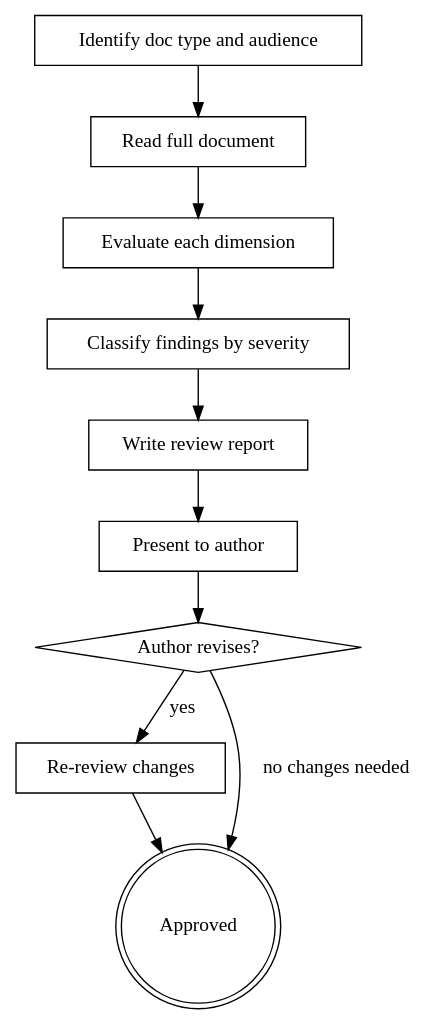
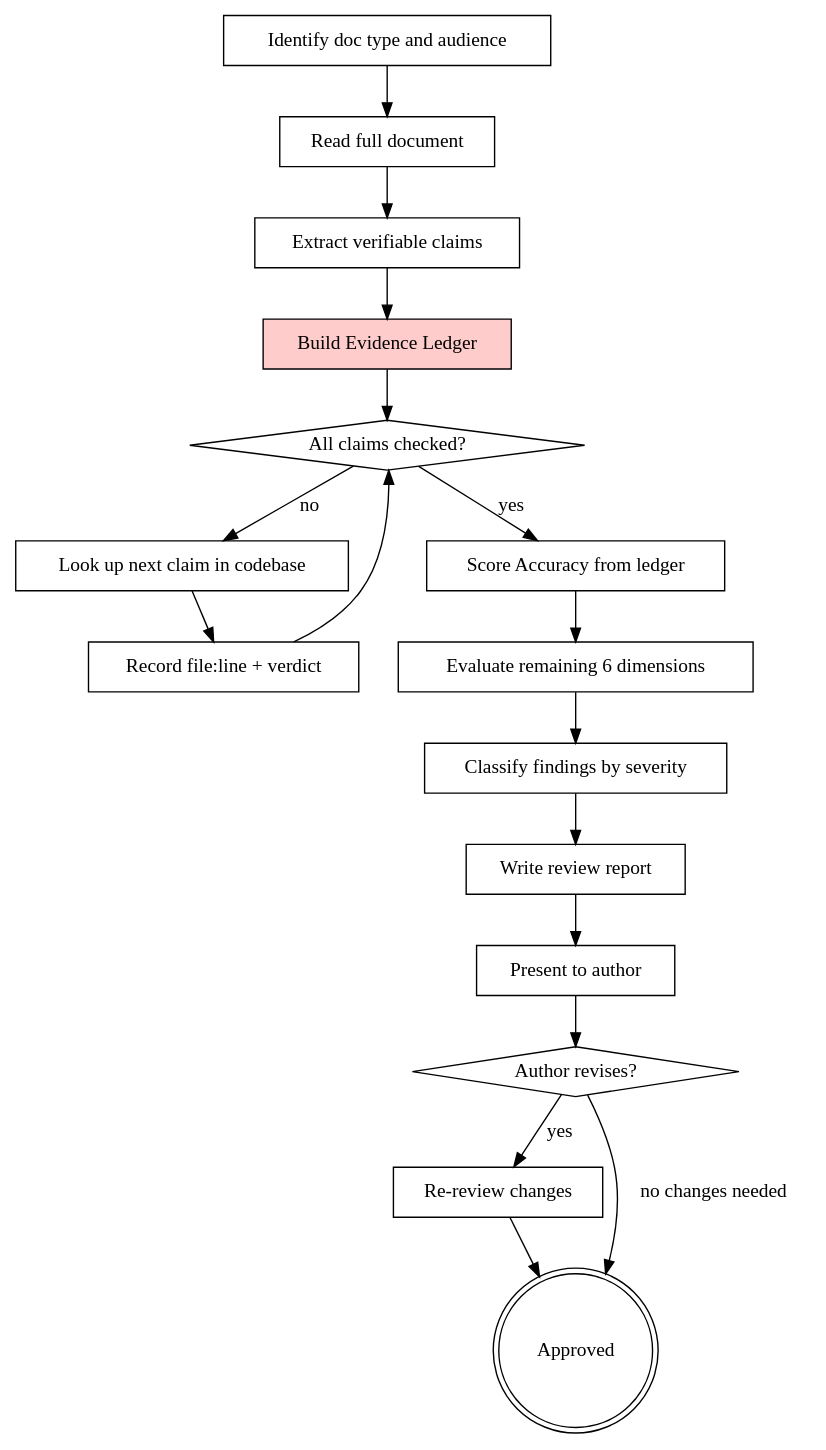
Before and after one commit to southpawriter02/superpowers: the diagram in skills/writing-doc-reviews/SKILL.md, drawn with Graphviz. The commit also changed other lines of this file and 6 other files, not shown here.

Commit message:
feat: Implement mandatory codebase evidence verification and an Evidence Ledger for documentation reviews.

````diff
--- a/skills/writing-doc-reviews/SKILL.md
+++ b/skills/writing-doc-reviews/SKILL.md
@@ -44,23 +66,36 @@
 ```dot
 digraph doc_review {
     "Identify doc type and audience" [shape=box];
     "Read full document" [shape=box];
-    "Evaluate each dimension" [shape=box];
+    "Extract verifiable claims" [shape=box];
+    "Build Evidence Ledger" [shape=box, style=filled, fillcolor="#ffcccc"];
+    "All claims checked?" [shape=diamond];
+    "Look up next claim in codebase" [shape=box];
+    "Record file:line + verdict" [shape=box];
+    "Score Accuracy from ledger" [shape=box];
+    "Evaluate remaining 6 dimensions" [shape=box];
     "Classify findings by severity" [shape=box];
     "Write review report" [shape=box];
     "Present to author" [shape=box];
     "Author revises?" [shape=diamond];
     "Re-review changes" [shape=box];
     "Approved" [shape=doublecircle];
 
     "Identify doc type and audience" -> "Read full document";
-    "Read full document" -> "Evaluate each dimension";
-    "Evaluate each dimension" -> "Classify findings by severity";
+    "Read full document" -> "Extract verifiable claims";
+    "Extract verifiable claims" -> "Build Evidence Ledger";
+    "Build Evidence Ledger" -> "All claims checked?";
+    "All claims checked?" -> "Look up next claim in codebase" [label="no"];
+    "Look up next claim in codebase" -> "Record file:line + verdict";
+    "Record file:line + verdict" -> "All claims checked?";
+    "All claims checked?" -> "Score Accuracy from ledger" [label="yes"];
+    "Score Accuracy from ledger" -> "Evaluate remaining 6 dimensions";
+    "Evaluate remaining 6 dimensions" -> "Classify findings by severity";
     "Classify findings by severity" -> "Write review report";
     "Write review report" -> "Present to author";
     "Present to author" -> "Author revises?";
     "Author revises?" -> "Re-review changes" [label="yes"];
     "Author revises?" -> "Approved" [label="no changes needed"];
     "Re-review changes" -> "Approved";
 }
 ```
````
